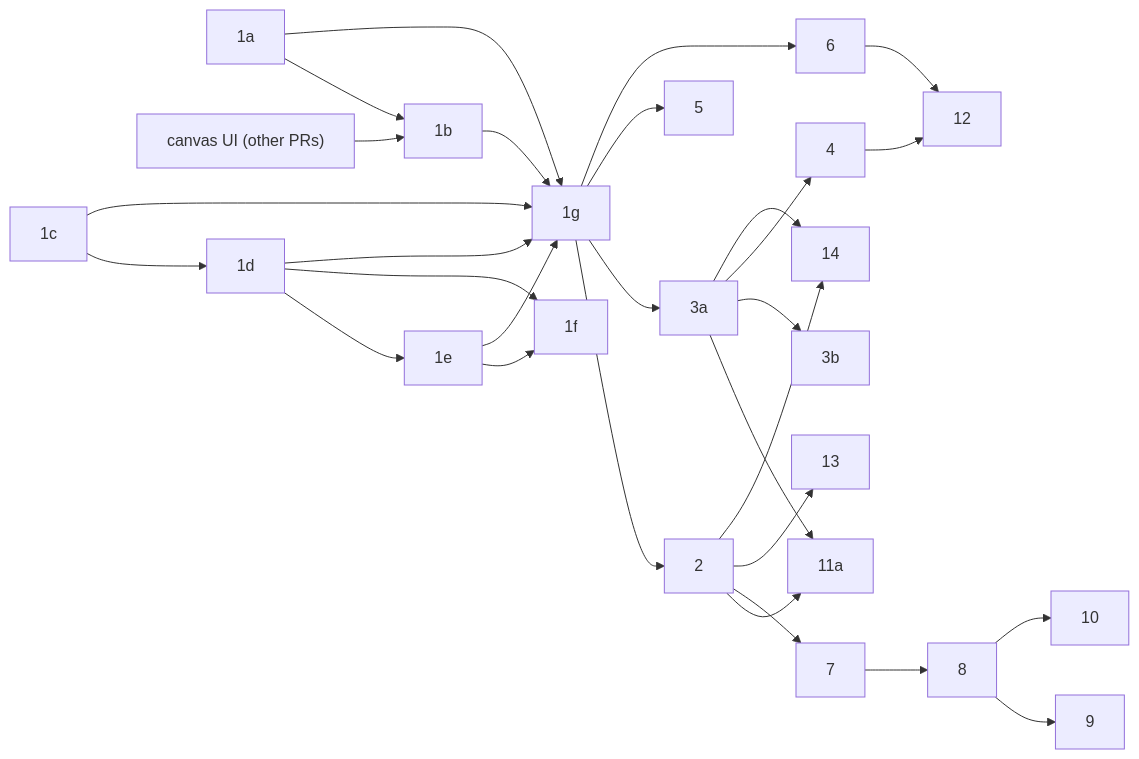
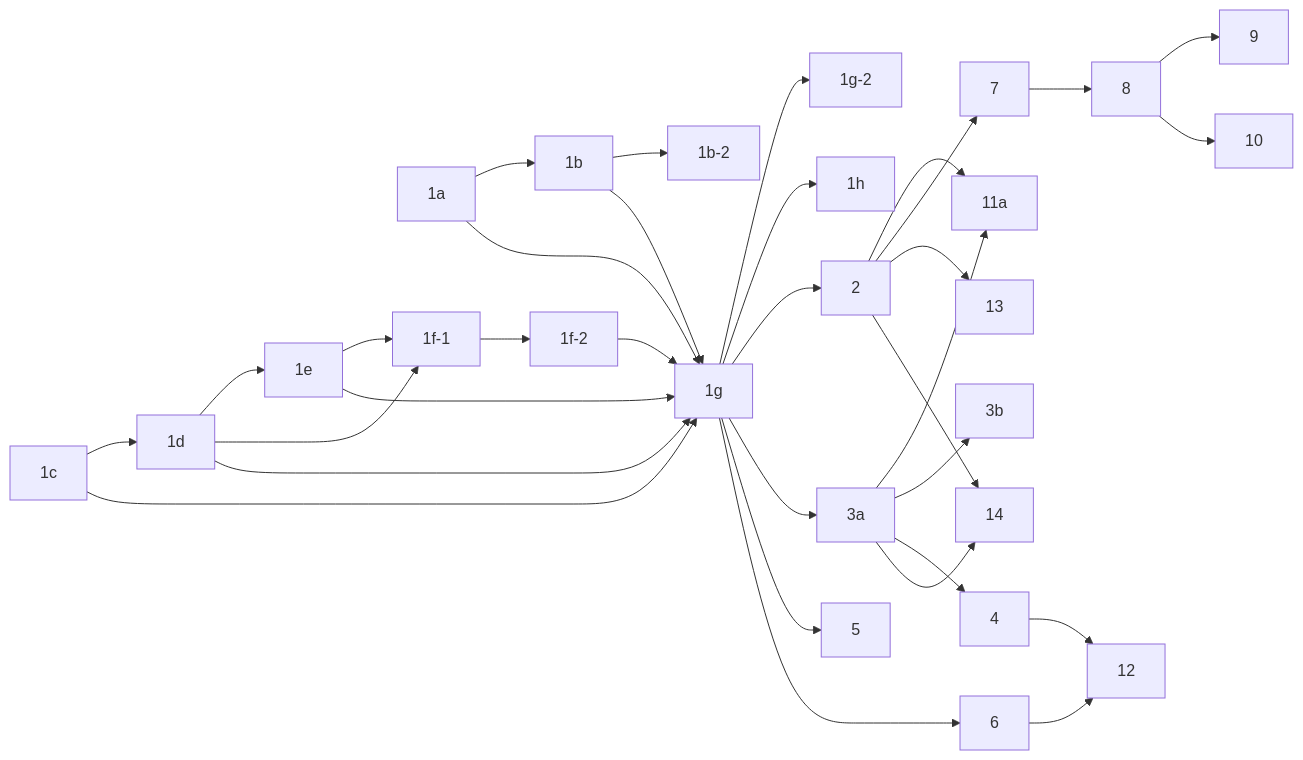
The diagram in docs/design/workflows-plan.md (aws-solutions/konductor), drawn with Mermaid before and after one commit. The commit also changed other lines of this file and 3 other files, not shown here.

````diff
--- a/docs/design/workflows-plan.md
+++ b/docs/design/workflows-plan.md
@@ -50,23 +50,27 @@
 ```mermaid
 flowchart LR
-        s1a["1a"] --> s1b["1b"]
-    ui["canvas UI (other PRs)"] --> s1b
+    s1a["1a"] --> s1b["1b"]
+    s1b --> s1b2["1b-2"]
     s1c["1c"] --> s1d["1d"]
-        s1d --> s1e["1e"]
-    s1d & s1e --> s1f["1f"]
+    s1d --> s1e["1e"]
+    s1d & s1e --> s1f1["1f-1"]
+    s1f1 --> s1f2["1f-2"]
     s1a & s1b & s1c & s1d & s1e --> s1g["1g"]
+    s1f2 --> s1g
+    s1g --> s1g2["1g-2"]
+    s1g --> s1h["1h"]
     s1g --> s2["2"]
     s1g --> s3a["3a"]
     s2 & s3a --> s11a["11a"]
     s3a --> s3b["3b"]
     s3a --> s4["4"]
     s1g --> s5["5"]
     s1g --> s6["6"]
     s2 --> s7["7"]
     s7 --> s8["8"]
     s8 --> s9["9"]
     s8 --> s10["10"]
     s4 & s6 --> s12["12"]
     s2 --> s13["13"]
     s2 & s3a --> s14["14"]
 ```
````
